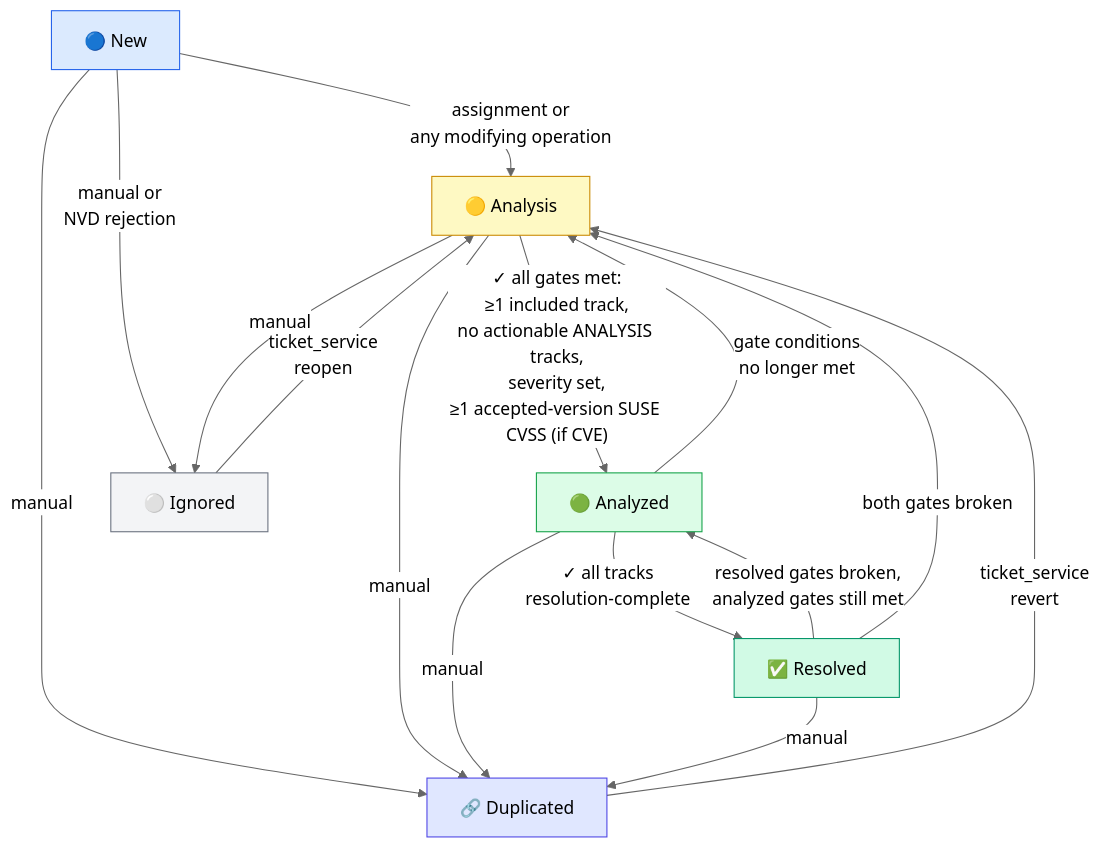
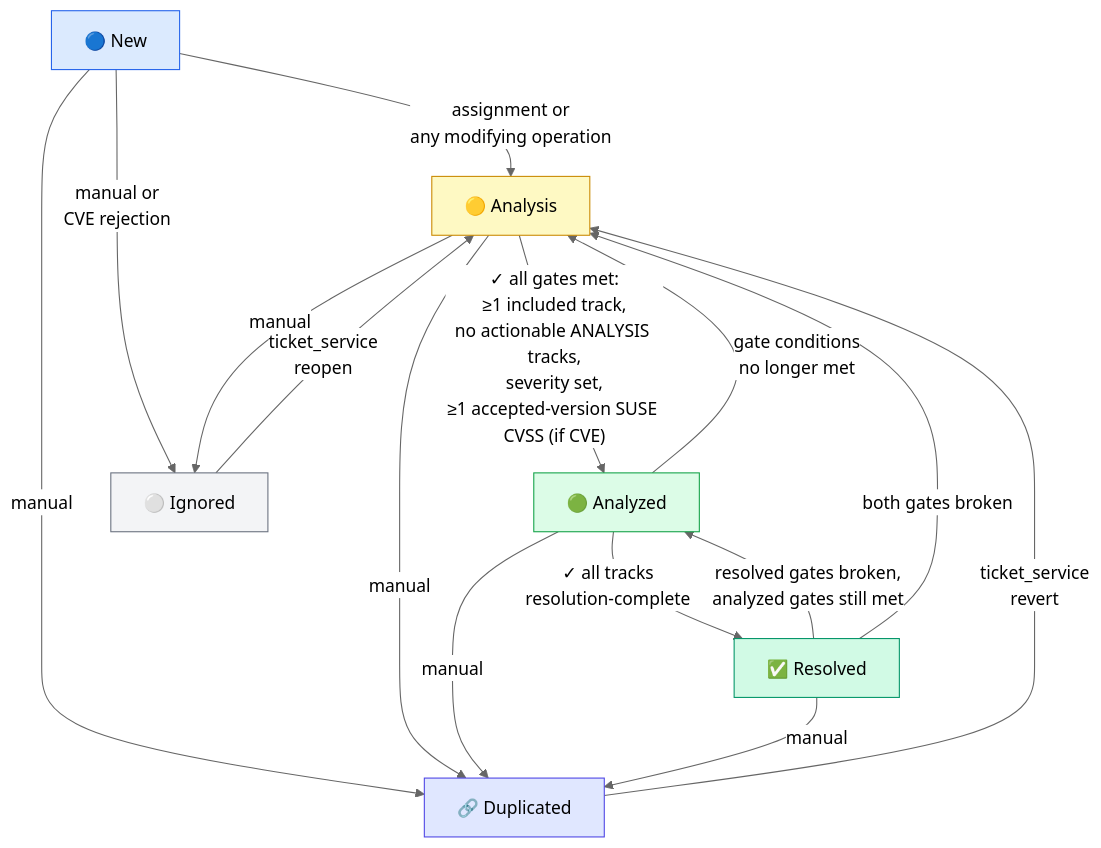
One commit to StayPirate/sentinel changed the fifth of 7 diagrams in docs/system-map.md. Above: the diagram before and after it, drawn with Mermaid (neutral theme). The commit also changed other lines of this file and 8 other files, not shown here.

````diff
--- a/docs/system-map.md
+++ b/docs/system-map.md
@@ -615,36 +615,36 @@
 ```mermaid
 flowchart TD
     NEW["🔵 New"]
     ANALYSIS["🟡 Analysis"]
     ANALYZED["🟢 Analyzed"]
     RESOLVED["✅ Resolved"]
     IGNORED["⚪ Ignored"]
     DUPLICATED["🔗 Duplicated"]
 
     NEW -->|"assignment or<br/>any modifying operation"| ANALYSIS
-    NEW -->|"manual or<br/>NVD rejection"| IGNORED
+    NEW -->|"manual or<br/>CVE rejection"| IGNORED
 
     ANALYSIS -->|"✓ all gates met:<br/>≥1 included track,<br/>no actionable ANALYSIS tracks,<br/>severity set,<br/>≥1 accepted-version SUSE CVSS (if CVE)"| ANALYZED
     ANALYSIS -->|"manual"| IGNORED
 
     ANALYZED -->|"✓ all tracks<br/>resolution-complete"| RESOLVED
     ANALYZED -->|"gate conditions<br/>no longer met"| ANALYSIS
 
     RESOLVED -->|"resolved gates broken,<br/>analyzed gates still met"| ANALYZED
     RESOLVED -->|"both gates broken"| ANALYSIS
 
     NEW -->|"manual"| DUPLICATED
     ANALYSIS -->|"manual"| DUPLICATED
     ANALYZED -->|"manual"| DUPLICATED
     RESOLVED -->|"manual"| DUPLICATED
 
     DUPLICATED -->|"ticket_service<br/>revert"| ANALYSIS
     IGNORED -->|"ticket_service<br/>reopen"| ANALYSIS
 
     style NEW fill:#dbeafe,stroke:#2563eb
     style ANALYSIS fill:#fef9c3,stroke:#ca8a04
     style ANALYZED fill:#dcfce7,stroke:#16a34a
     style RESOLVED fill:#d1fae5,stroke:#059669
     style IGNORED fill:#f3f4f6,stroke:#6b7280
     style DUPLICATED fill:#e0e7ff,stroke:#4f46e5
 ```
````
